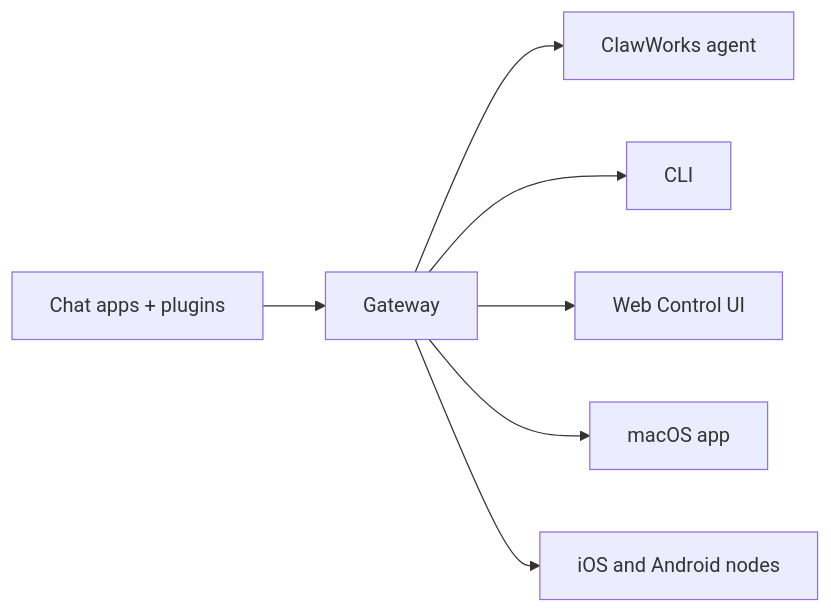
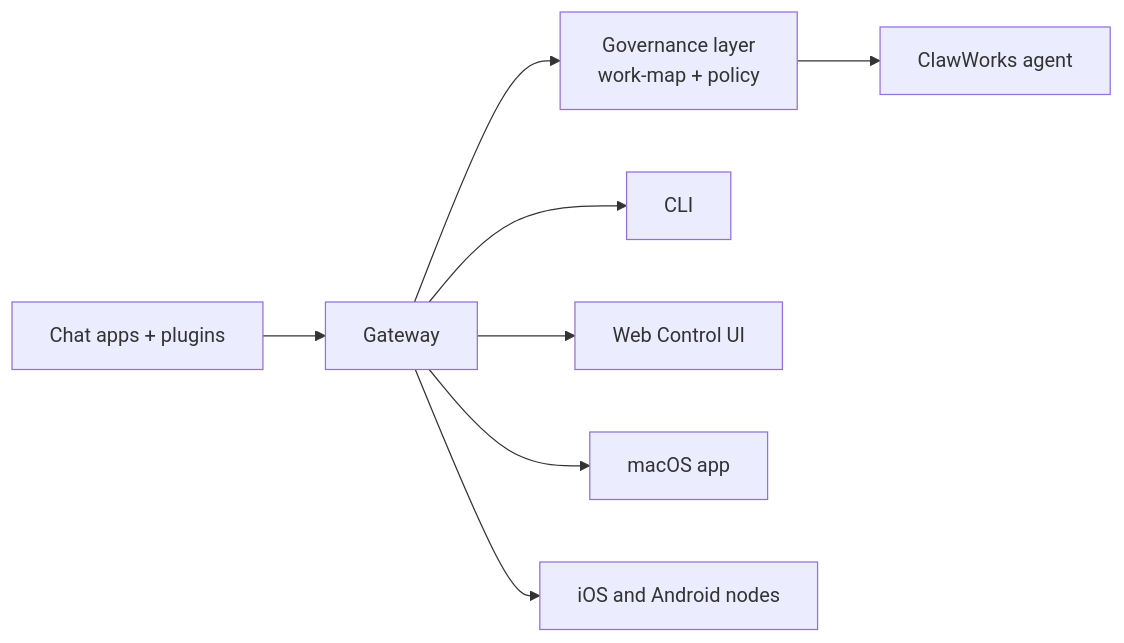
Before and after one commit to JY-1019/ClawWorks: the diagram in docs/index.md, drawn with Mermaid. The commit also changed other lines of this file and 1 other file, not shown here.

````diff
--- a/docs/index.md
+++ b/docs/index.md
@@ -61,9 +68,10 @@
 ```mermaid
 flowchart LR
   A["Chat apps + plugins"] --> B["Gateway"]
-  B --> C["ClawWorks agent"]
+  B --> G0["Governance layer<br/>work-map + policy"]
+  G0 --> C["ClawWorks agent"]
   B --> D["CLI"]
   B --> E["Web Control UI"]
   B --> F["macOS app"]
   B --> G["iOS and Android nodes"]
 ```
````
